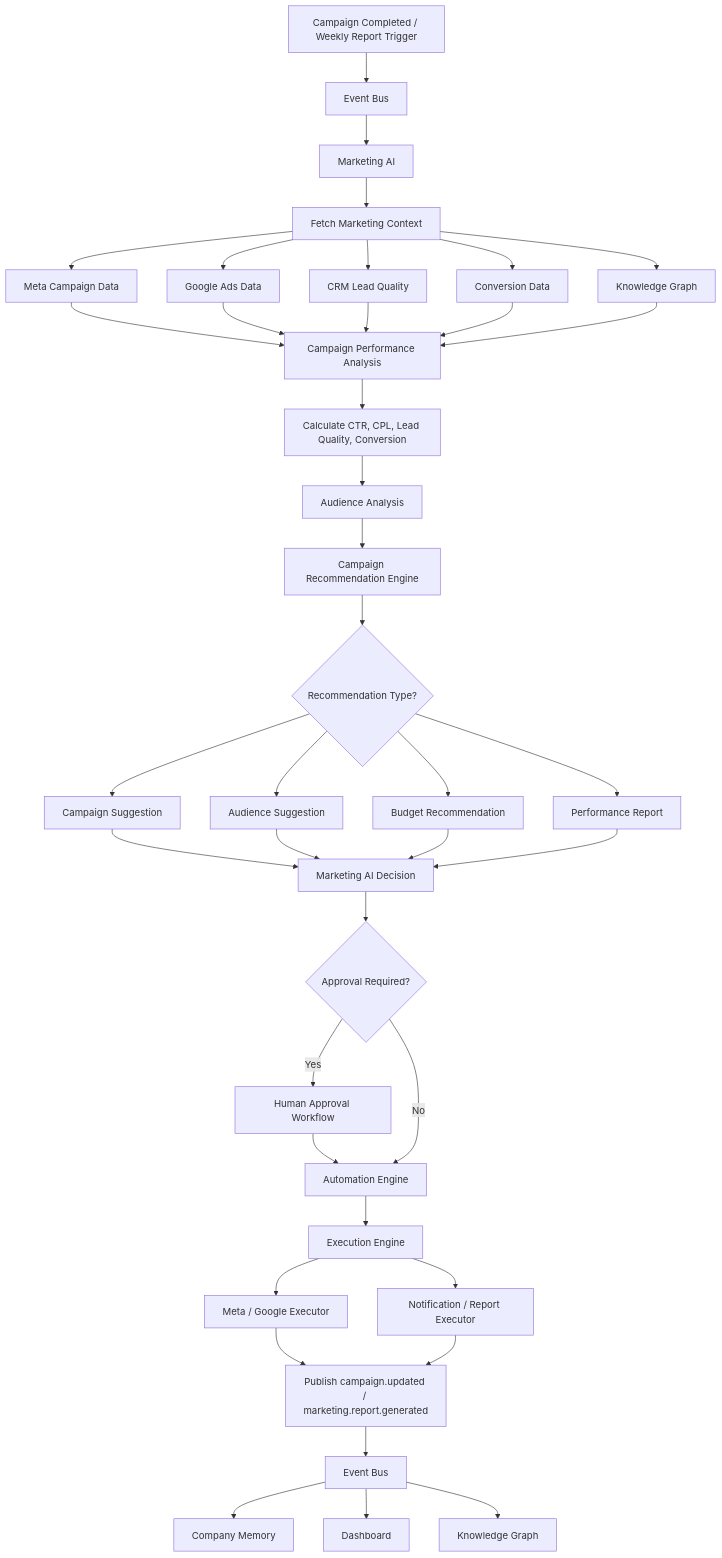
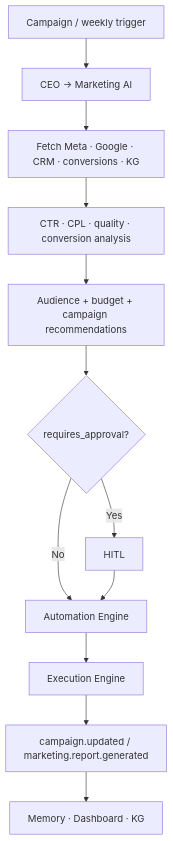
Before and after one commit to imperiondata/real-estate-ai-lead-agent: the second of 8 diagrams in plans/IREIOS_3.0_AI_Automation_Workflows.md, drawn with Mermaid. The commit also changed other lines of this file and 2 other files, not shown here.

Commit message:
docs: updated architecture diagrams and implementation plans based on current scope and requirements

````diff
--- a/plans/IREIOS_3.0_AI_Automation_Workflows.md
+++ b/plans/IREIOS_3.0_AI_Automation_Workflows.md
@@ -107,38 +86,13 @@
-``` mermaid
+```mermaid
 flowchart TD
- M1[Campaign Completed / Weekly Report Trigger] --> M2[Event Bus] --> M3[Marketing AI]
- M3 --> M4[Fetch Marketing Context]
- M4 --> META[Meta Campaign Data]
- M4 --> GOOGLE[Google Ads Data]
- M4 --> CRM[CRM Lead Quality]
- M4 --> CONV[Conversion Data]
- M4 --> KG[Knowledge Graph]
- META --> ANA[Campaign Performance Analysis]
- GOOGLE --> ANA
- CRM --> ANA
- CONV --> ANA
- KG --> ANA
- ANA --> MET[Calculate CTR, CPL, Lead Quality, Conversion]
- MET --> AUD[Audience Analysis] --> REC[Campaign Recommendation Engine]
- REC --> T{Recommendation Type?}
- T --> C[Campaign Suggestion]
- T --> A[Audience Suggestion]
- T --> B[Budget Recommendation]
- T --> R[Performance Report]
- C --> D[Marketing AI Decision]
- A --> D
- B --> D
- R --> D
- D --> AP{Approval Required?}
- AP -->|Yes| HITL[Human Approval Workflow] --> AE[Automation Engine]
- AP -->|No| AE
- AE --> EE[Execution Engine]
- EE --> API[Meta / Google Executor]
- EE --> NR[Notification / Report Executor]
- API --> EVT[Publish campaign.updated / marketing.report.generated]
- NR --> EVT
- EVT --> EB[Event Bus]
- EB --> MEM[Company Memory]
- EB --> DASH[Dashboard]
- EB --> GRAPH[Knowledge Graph]
+  M1[Campaign / weekly trigger] --> M2[CEO → Marketing AI]
+  M2 --> M3[Fetch Meta · Google · CRM · conversions · KG]
+  M3 --> M4[CTR · CPL · quality · conversion analysis]
+  M4 --> M5[Audience + budget + campaign recommendations]
+  M5 --> M6{requires_approval?}
+  M6 -->|Yes| HITL[HITL]
+  M6 -->|No| AE[Automation Engine]
+  HITL --> AE --> EE[Execution Engine]
+  EE --> EVT[campaign.updated / marketing.report.generated]
+  EVT --> FAN[Memory · Dashboard · KG]
 ```
````
